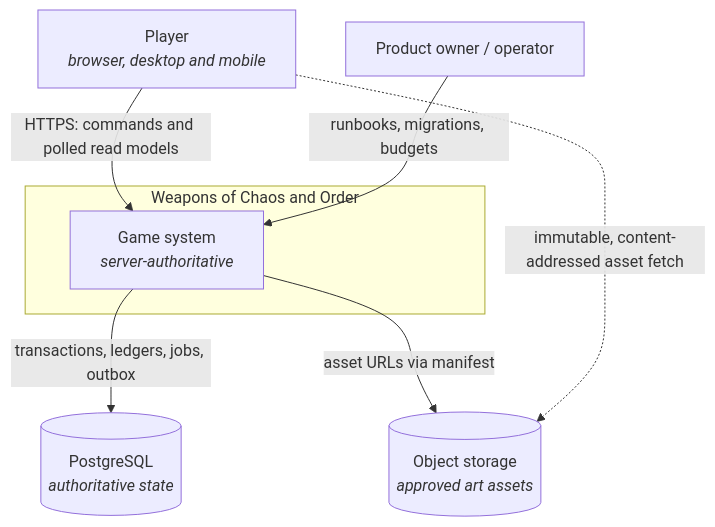
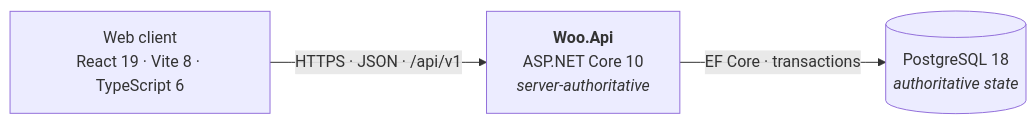
One commit to luisfpires18/woo-runeforging changed the diagram in docs/architecture/ARCHITECTURE.md. Above: the diagram before and after it, drawn with Mermaid. The commit also changed other lines of this file and 57 other files, not shown here.

````diff
--- a/docs/architecture/ARCHITECTURE.md
+++ b/docs/architecture/ARCHITECTURE.md
@@ -188,18 +24,9 @@
 ```mermaid
-flowchart TB
-    player["Player<br/><i>browser, desktop and mobile</i>"]
-    operator["Product owner / operator"]
+flowchart LR
+    browser["Web client<br/>React 19 · Vite 8 · TypeScript 6"]
+    api["<b>Woo.Api</b><br/>ASP.NET Core 10<br/><i>server-authoritative</i>"]
+    pg[("PostgreSQL 18<br/><i>authoritative state</i>")]
 
-    subgraph system["Weapons of Chaos and Order"]
-        app["Game system<br/><i>server-authoritative</i>"]
-    end
-
-    pg[("PostgreSQL<br/><i>authoritative state</i>")]
-    blob[("Object storage<br/><i>approved art assets</i>")]
-
-    player -->|"HTTPS: commands and polled read models"| app
-    operator -->|"runbooks, migrations, budgets"| app
-    app -->|"transactions, ledgers, jobs, outbox"| pg
-    app -->|"asset URLs via manifest"| blob
-    player -.->|"immutable, content-addressed asset fetch"| blob
+    browser -->|"HTTPS · JSON · /api/v1"| api
+    api -->|"EF Core · transactions"| pg
 ```
````
